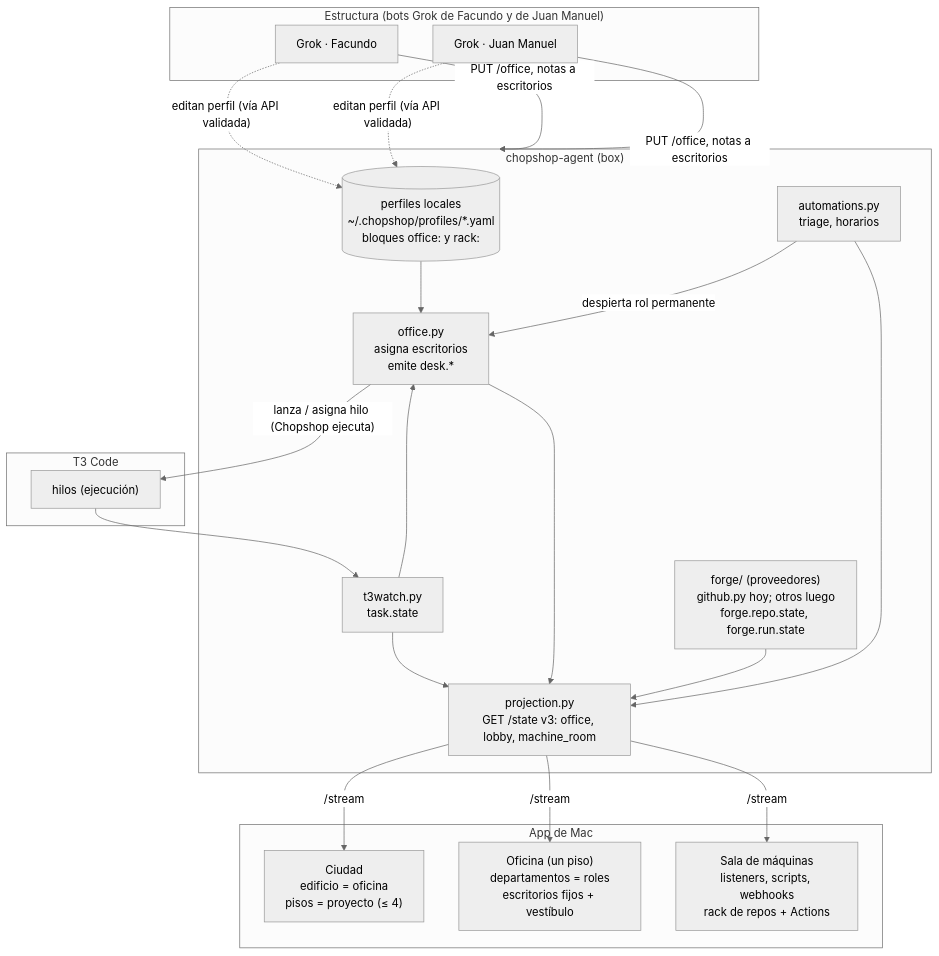
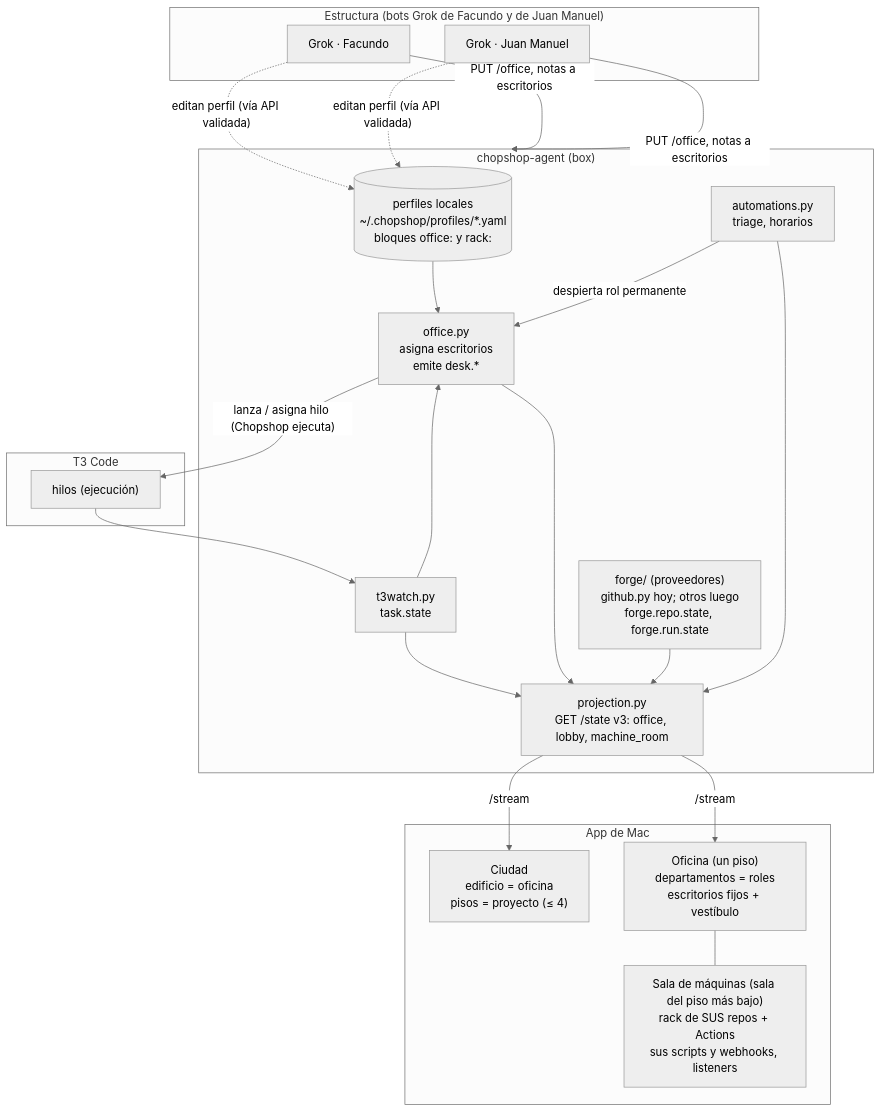
Before and after one commit to Facundo-Barbera/chopshop: the diagram in docs/plans/office-redesign.md, drawn with Mermaid (neutral theme). The commit also changed other lines of this file and 28 other files, not shown here.

First line of the commit message:
Sala de máquinas dentro del piso de cada proyecto (ya no es una vista aparte)

````diff
--- a/docs/plans/office-redesign.md
+++ b/docs/plans/office-redesign.md
@@ -20,31 +20,32 @@
 ```mermaid
 flowchart TB
   subgraph BOTS["Estructura (bots Grok de Facundo y de Juan Manuel)"]
     G1["Grok · Facundo"]
     G2["Grok · Juan Manuel"]
   end
   subgraph AGENT["chopshop-agent (box)"]
     PROF[("perfiles locales<br/>~/.chopshop/profiles/*.yaml<br/>bloques office: y rack:")]
     OFF["office.py<br/>asigna escritorios<br/>emite desk.*"]
     T3W["t3watch.py<br/>task.state"]
     FORGE["forge/ (proveedores)<br/>github.py hoy; otros luego<br/>forge.repo.state, forge.run.state"]
     AUTO["automations.py<br/>triage, horarios"]
     PROJ["projection.py<br/>GET /state v3: office, lobby, machine_room"]
   end
   subgraph T3["T3 Code"]
     TH["hilos (ejecución)"]
   end
   subgraph MAC["App de Mac"]
     CITY["Ciudad<br/>edificio = oficina<br/>pisos = proyecto (≤ 4)"]
     OFFICE["Oficina (un piso)<br/>departamentos = roles<br/>escritorios fijos + vestíbulo"]
-    MR["Sala de máquinas<br/>listeners, scripts, webhooks<br/>rack de repos + Actions"]
+    MR["Sala de máquinas (sala del piso más bajo)<br/>rack de SUS repos + Actions<br/>sus scripts y webhooks, listeners"]
+    OFFICE --- MR
   end
   G1 & G2 -- "PUT /office, notas a escritorios" --> AGENT
   G1 & G2 -. "editan perfil (vía API validada)" .-> PROF
   PROF --> OFF
   AUTO -- "despierta rol permanente" --> OFF
   OFF -- "lanza / asigna hilo (Chopshop ejecuta)" --> TH
   TH --> T3W --> OFF
   T3W & OFF & FORGE & AUTO --> PROJ
-  PROJ -- "/stream" --> CITY & OFFICE & MR
+  PROJ -- "/stream" --> CITY & OFFICE
 ```
````
